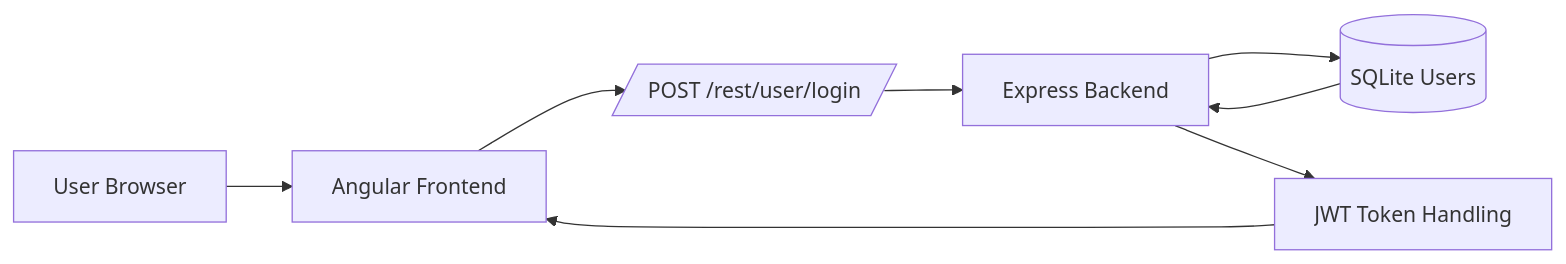
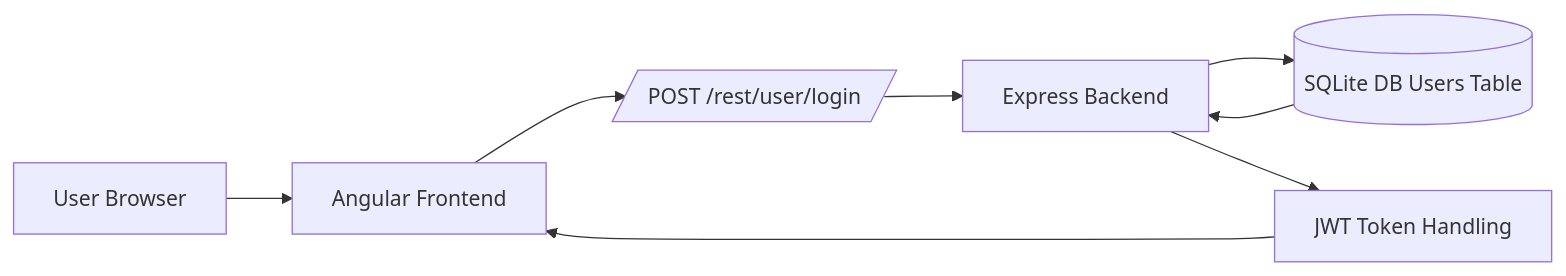
Before and after one commit to JosephJ12/CTF-Walkthroughs: the first of 3 diagrams in Cybersecurity-Portfolio/Threat Modeling - OWASP Juice Shop/README.md, drawn with Mermaid. The commit also changed other lines of this file, not shown here.

````diff
--- a/Cybersecurity-Portfolio/Threat Modeling - OWASP Juice Shop/README.md
+++ b/Cybersecurity-Portfolio/Threat Modeling - OWASP Juice Shop/README.md
@@ -50,17 +50,17 @@
 ```mermaid
 flowchart LR
     U[User Browser]
     FE[Angular Frontend]
     API[/POST /rest/user/login/]
     APP[Express Backend]
-    DB[(SQLite Users)]
+    DB[(SQLite DB Users Table)]
     JWT[JWT Token Handling]
 
     U --> FE
     FE --> API
     API --> APP
     APP --> DB
     DB --> APP
     APP --> JWT
     JWT --> FE
 ```
````
